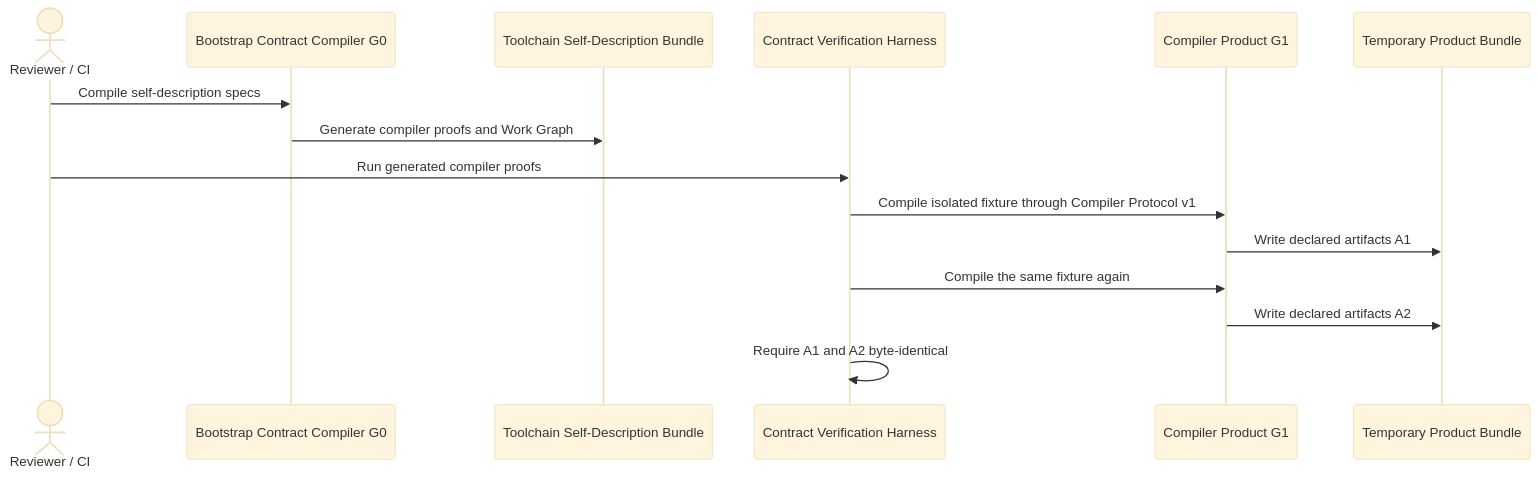
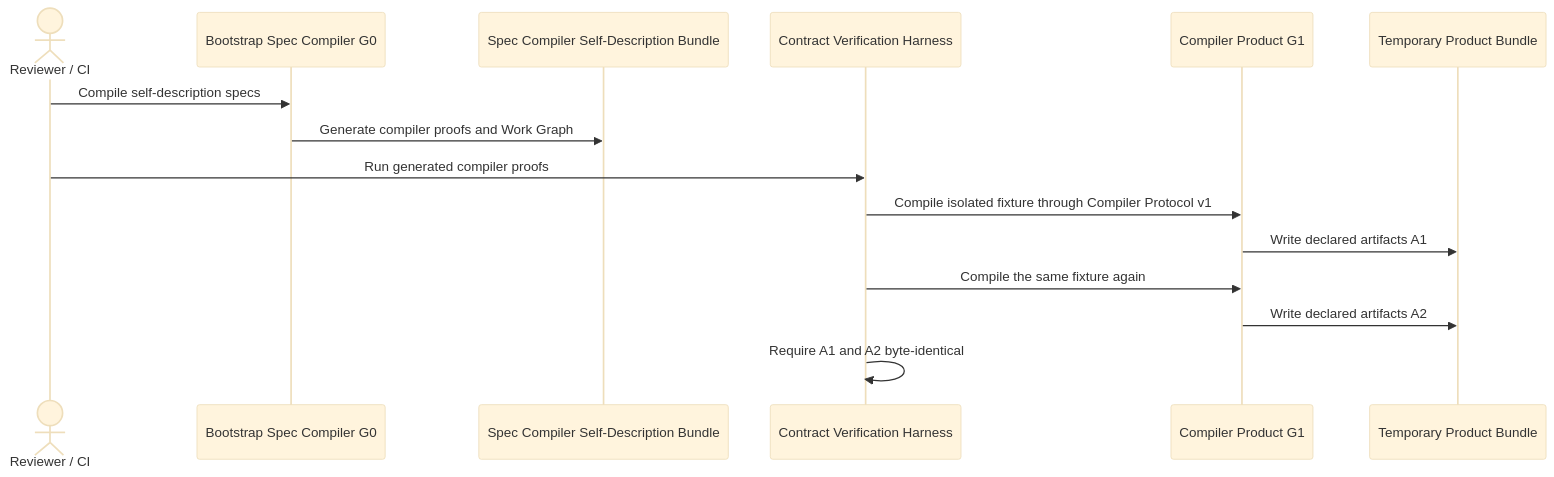
One commit to arturmiller/spec-compiler changed the third of 5 diagrams in docs/architecture/arc42.md. Above: the diagram before and after it, drawn with Mermaid (base theme). The commit also changed other lines of this file and 22 other files, not shown here.

Commit message:
Rename product to Spec Compiler

````diff
--- a/docs/architecture/arc42.md
+++ b/docs/architecture/arc42.md
@@ -251,18 +251,18 @@
 ```mermaid
 sequenceDiagram
     actor Operator as Reviewer / CI
-    participant G0 as Bootstrap Contract Compiler G0
-    participant Self as Toolchain Self-Description Bundle
+    participant G0 as Bootstrap Spec Compiler G0
+    participant Self as Spec Compiler Self-Description Bundle
     participant Harness as Contract Verification Harness
     participant G1 as Compiler Product G1
     participant Fixture as Temporary Product Bundle
 
     Operator->>G0: Compile self-description specs
     G0->>Self: Generate compiler proofs and Work Graph
     Operator->>Harness: Run generated compiler proofs
     Harness->>G1: Compile isolated fixture through Compiler Protocol v1
     G1->>Fixture: Write declared artifacts A1
     Harness->>G1: Compile the same fixture again
     G1->>Fixture: Write declared artifacts A2
     Harness->>Harness: Require A1 and A2 byte-identical
 ```
````
